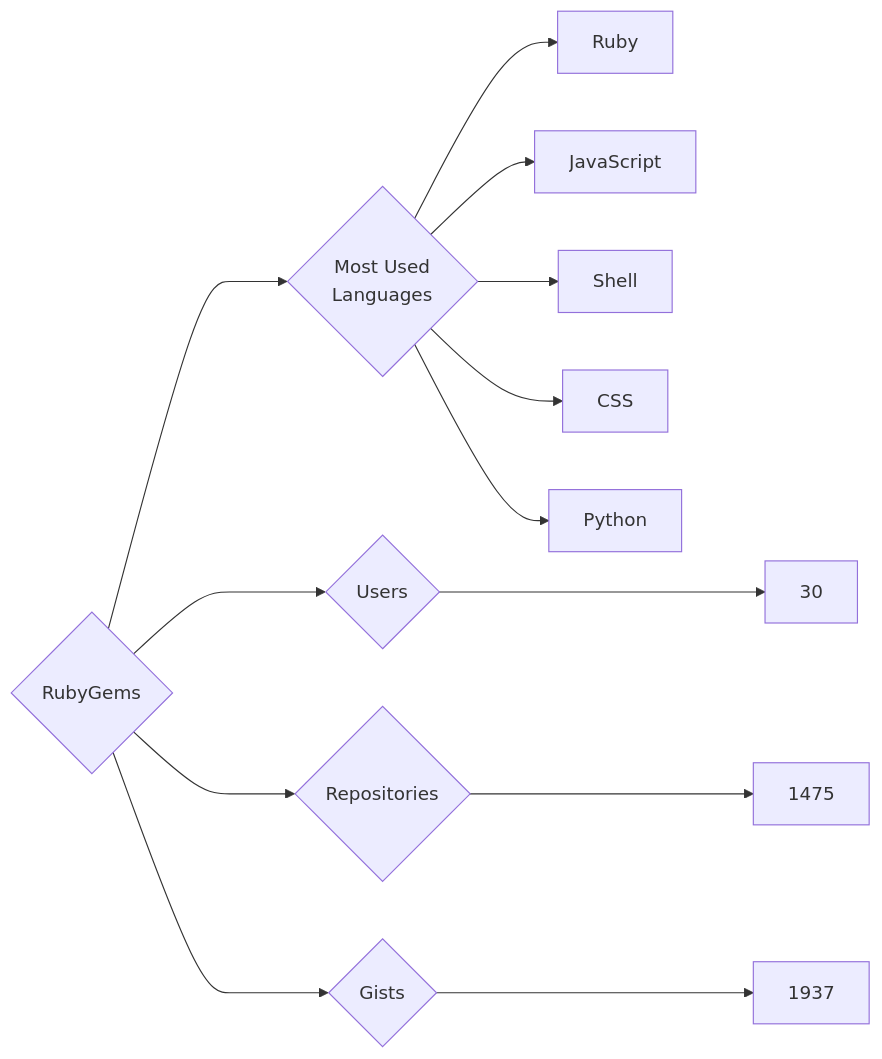
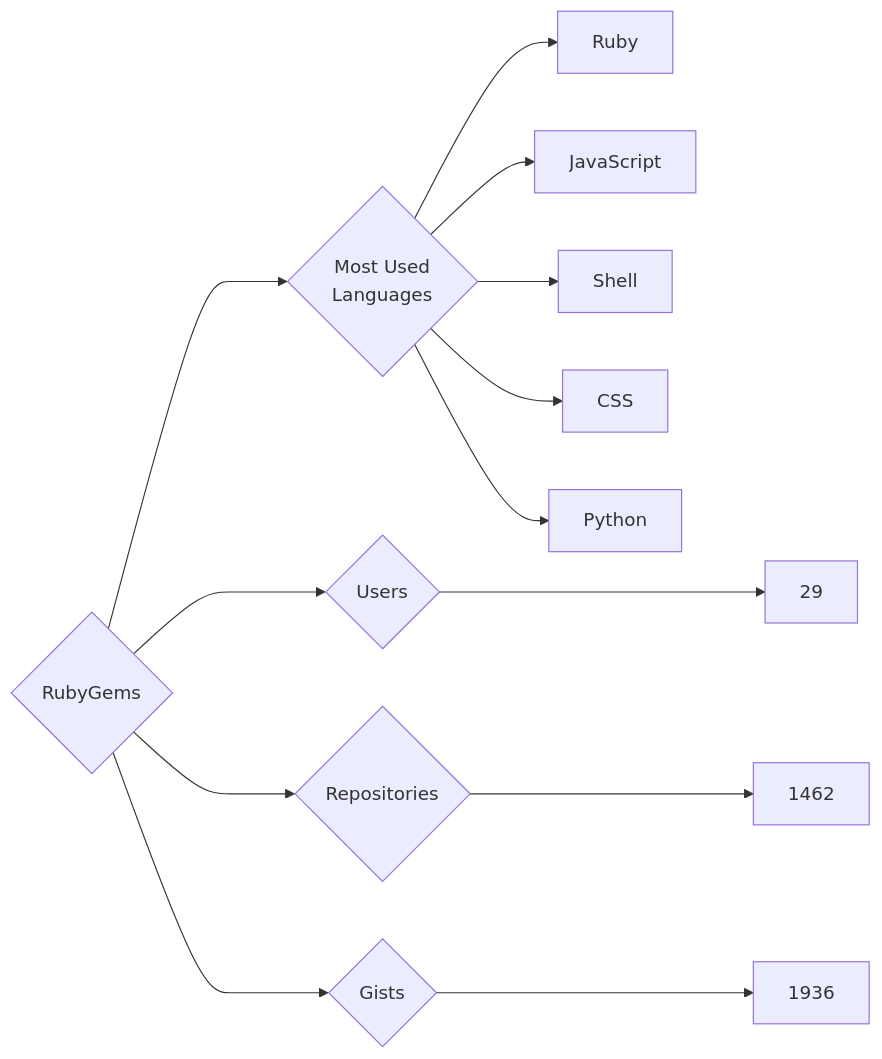
The diagram in targets/RubyGems/README.md (trickest/insiders), drawn with Mermaid before and after one commit. The commit also changed 833 other files, not shown here.

````diff
--- a/targets/RubyGems/README.md
+++ b/targets/RubyGems/README.md
@@ -3,13 +3,13 @@
 ```mermaid
 graph LR
 COMPANY_NAME{RubyGems}
-COMPANY_NAME ---> U{Users} ---> UN[30]
-COMPANY_NAME ---> R{Repositories} ---> RN[1475]
-COMPANY_NAME ---> G{Gists} ---> GN[1937]
+COMPANY_NAME ---> U{Users} ---> UN[29]
+COMPANY_NAME ---> R{Repositories} ---> RN[1462]
+COMPANY_NAME ---> G{Gists} ---> GN[1936]
 COMPANY_NAME ---> ML{Most Used<br>Languages}
 ML --> Ruby[Ruby]
 ML --> JavaScript[JavaScript]
 ML --> Shell[Shell]
 ML --> CSS[CSS]
 ML --> Python[Python]
 ```
````
